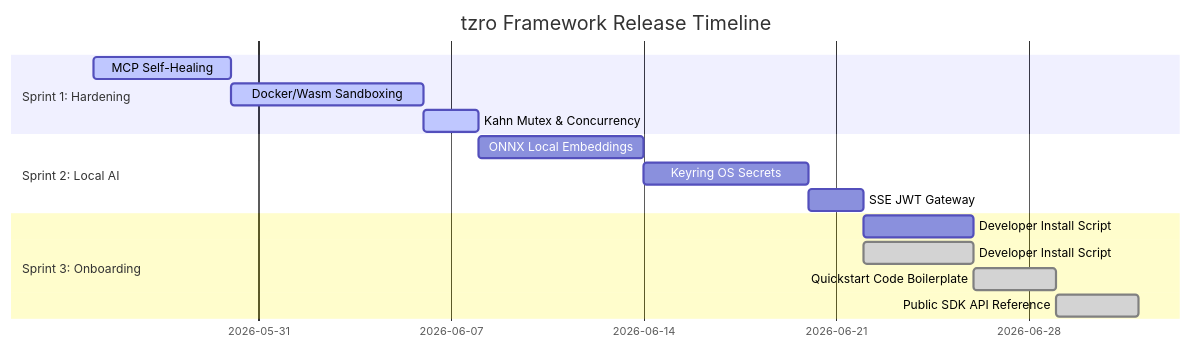
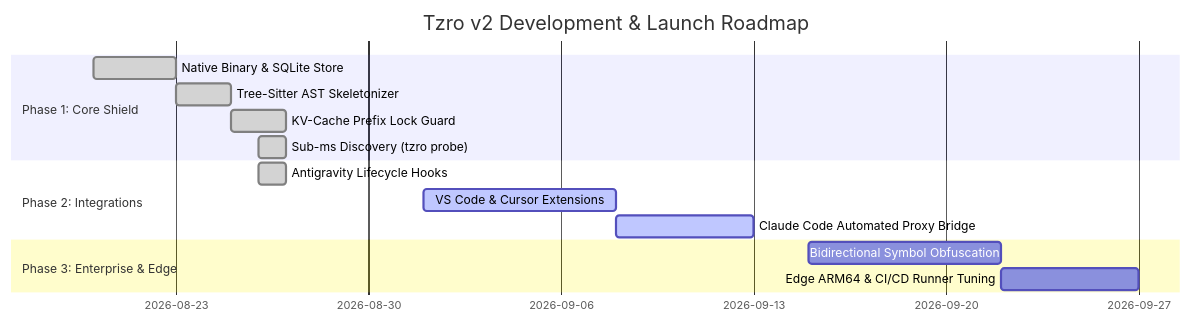
Before and after one commit to The18thWarrior/tzro: the diagram in ROADMAP.md, drawn with Mermaid. The commit also changed other lines of this file and 656 other files, not shown here.

````diff
--- a/ROADMAP.md
+++ b/ROADMAP.md
@@ -11,18 +9,17 @@
 ```mermaid
 gantt
-    title tzro Framework Release Timeline
+    title Tzro v2 Development & Launch Roadmap
     dateFormat  YYYY-MM-DD
-    section Sprint 1: Hardening
-    MCP Self-Healing            :active, s1, 2026-05-25, 5d
-    Docker/Wasm Sandboxing     :active, s2, after s1, 7d
-    Kahn Mutex & Concurrency    :active, s3, after s2, 2d
-    section Sprint 2: Local AI
-    ONNX Local Embeddings       :s4, 2026-06-08, 6d
-    Keyring OS Secrets          :s5, after s4, 6d
-    SSE JWT Gateway             :s6, after s5, 2d
-    section Sprint 3: Onboarding
-    Developer Install Script    :s7, 2026-06-22, 4d
-    Developer Install Script    :done, s7, 2026-06-22, 4d
-    Quickstart Code Boilerplate :done, s8, after s7, 3d
-    Public SDK API Reference    :done, s9, after s8, 3d
+    section Phase 1: Core Shield
+    Native Binary & SQLite Store       :done, p1, 2026-08-20, 3d
+    Tree-Sitter AST Skeletonizer       :done, p2, 2026-08-23, 2d
+    KV-Cache Prefix Lock Guard         :done, p3, 2026-08-25, 2d
+    Sub-ms Discovery (tzro probe)      :done, p4, 2026-08-26, 1d
+    section Phase 2: Integrations
+    Antigravity Lifecycle Hooks        :done, p5, 2026-08-26, 1d
+    VS Code & Cursor Extensions        :active, p6, 2026-09-01, 7d
+    Claude Code Automated Proxy Bridge :active, p7, 2026-09-08, 5d
+    section Phase 3: Enterprise & Edge
+    Bidirectional Symbol Obfuscation   :p8, 2026-09-15, 7d
+    Edge ARM64 & CI/CD Runner Tuning   :p9, 2026-09-22, 5d
 ```
````
